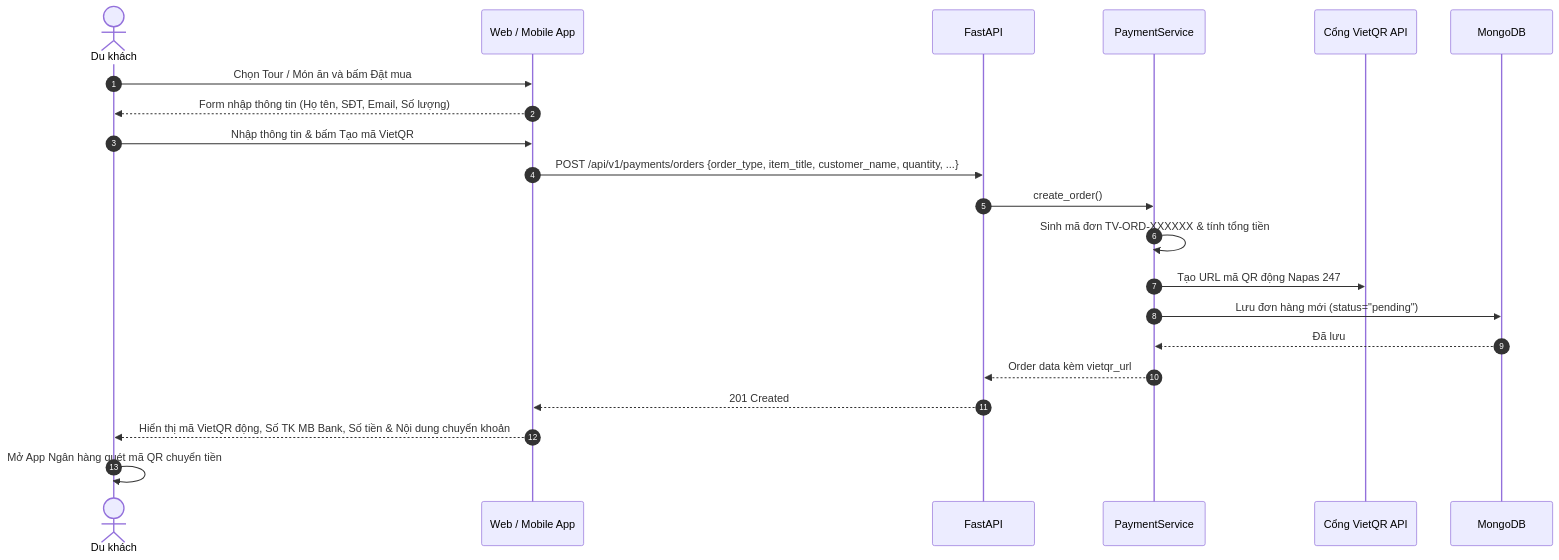
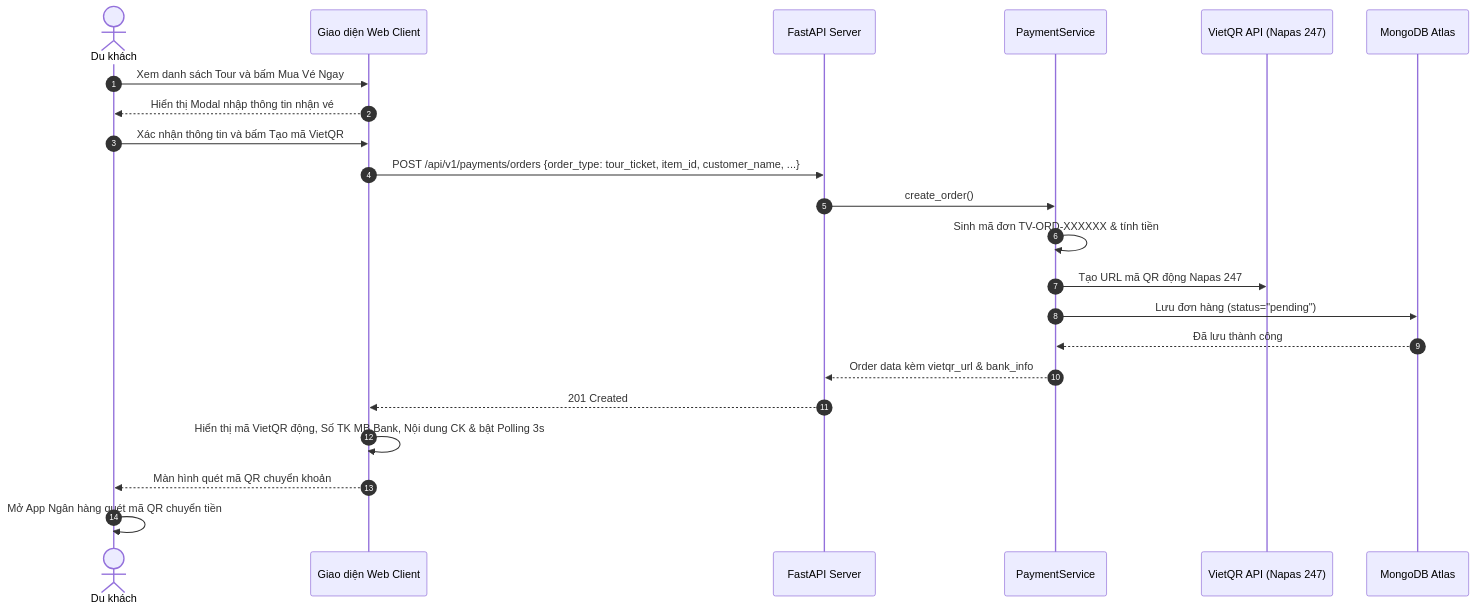
The diagram in quan4_sequence_diagrams/mermaid/19_thanh_toan_vietqr.mmd (xuandang0405/seminarchuyende), drawn with Mermaid before and after one commit. The commit also changed 274 other files, not shown here.

Commit message:
feat: finalize TourVoice web app and deployment

```diff
--- a/quan4_sequence_diagrams/mermaid/19_thanh_toan_vietqr.mmd
+++ b/quan4_sequence_diagrams/mermaid/19_thanh_toan_vietqr.mmd
@@ -1,23 +1,24 @@
-%% SD19 - Khách hàng đặt vé và quét mã VietQR
+%% SD19 - Khách hàng đặt mua vé tour và quét mã VietQR
 sequenceDiagram
     autonumber
     actor User as Du khách
-    participant App as Web / Mobile App
-    participant API as FastAPI
+    participant App as Giao diện Web Client
+    participant API as FastAPI Server
     participant Service as PaymentService
-    participant VietQR as Cổng VietQR API
-    participant DB as MongoDB
+    participant VietQR as VietQR API (Napas 247)
+    participant DB as MongoDB Atlas
 
-    User->>App: Chọn Tour / Món ăn và bấm Đặt mua
-    App-->>User: Form nhập thông tin (Họ tên, SĐT, Email, Số lượng)
-    User->>App: Nhập thông tin & bấm Tạo mã VietQR
-    App->>API: POST /api/v1/payments/orders {order_type, item_title, customer_name, quantity, ...}
+    User->>App: Xem danh sách Tour và bấm Mua Vé Ngay
+    App-->>User: Hiển thị Modal nhập thông tin nhận vé
+    User->>App: Xác nhận thông tin và bấm Tạo mã VietQR
+    App->>API: POST /api/v1/payments/orders {order_type: tour_ticket, item_id, customer_name, ...}
     API->>Service: create_order()
-    Service->>Service: Sinh mã đơn TV-ORD-XXXXXX & tính tổng tiền
+    Service->>Service: Sinh mã đơn TV-ORD-XXXXXX & tính tiền
     Service->>VietQR: Tạo URL mã QR động Napas 247
-    Service->>DB: Lưu đơn hàng mới (status="pending")
-    DB-->>Service: Đã lưu
-    Service-->>API: Order data kèm vietqr_url
+    Service->>DB: Lưu đơn hàng (status="pending")
+    DB-->>Service: Đã lưu thành công
+    Service-->>API: Order data kèm vietqr_url & bank_info
     API-->>App: 201 Created
-    App-->>User: Hiển thị mã VietQR động, Số TK MB Bank, Số tiền & Nội dung chuyển khoản
+    App->>App: Hiển thị mã VietQR động, Số TK MB Bank, Nội dung CK & bật Polling 3s
+    App-->>User: Màn hình quét mã QR chuyển khoản
     User->>User: Mở App Ngân hàng quét mã QR chuyển tiền
```
